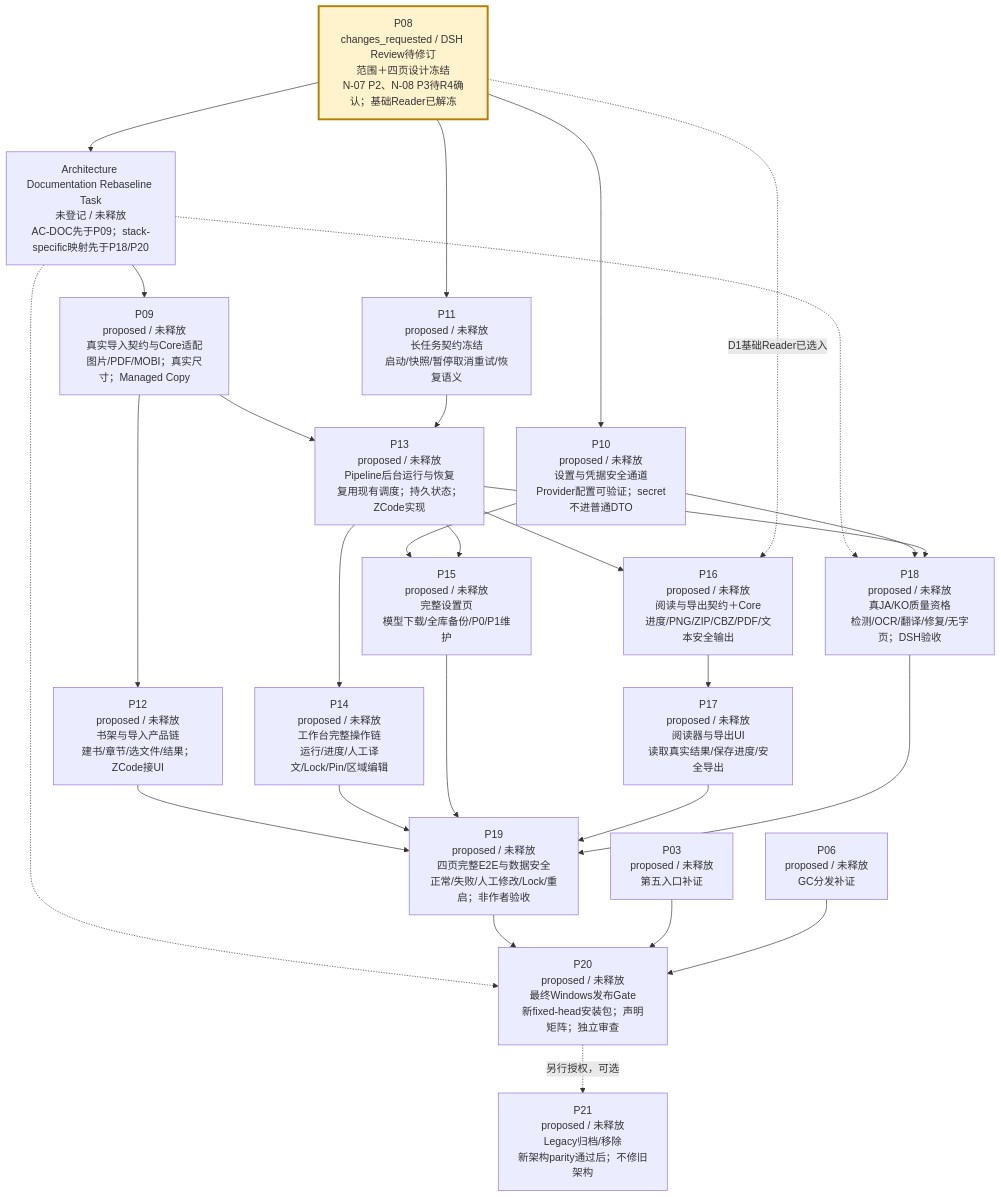
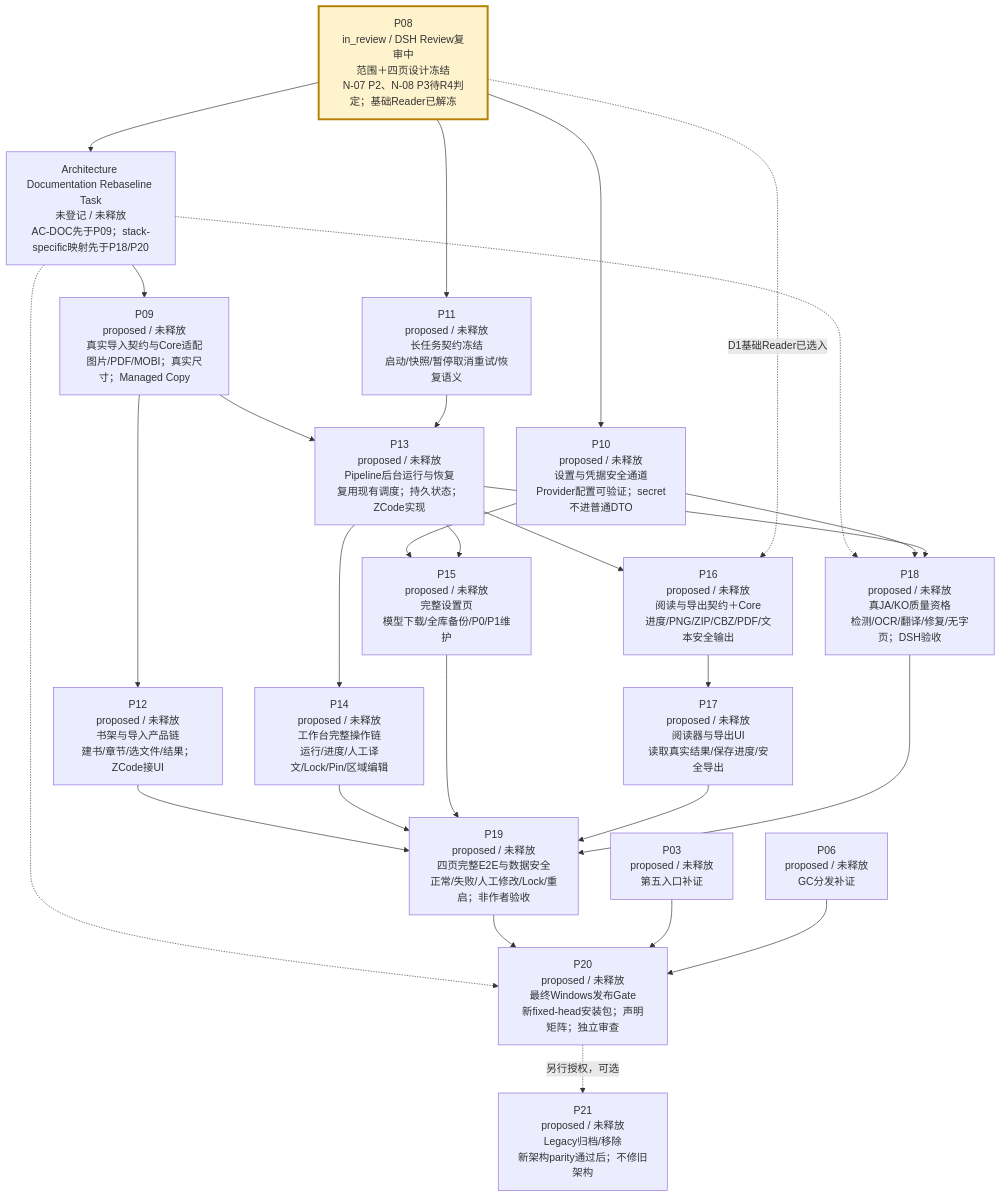
One commit to peakwheat-pixel/New-Manga changed the third of 4 diagrams in verification/PROJECT-ROADMAP-20261008/ROADMAP.md. Above: the diagram before and after it, drawn with Mermaid. The commit also changed other lines of this file and 11 other files, not shown here.

````diff
--- a/verification/PROJECT-ROADMAP-20261008/ROADMAP.md
+++ b/verification/PROJECT-ROADMAP-20261008/ROADMAP.md
@@ -47,30 +47,30 @@
 ```mermaid
 flowchart TB
-  P08["P08<br/>changes_requested / DSH Review待修订<br/>范围＋四页设计冻结<br/>N-07 P2、N-08 P3待R4确认；基础Reader已解冻"] --> ARCHDOC["Architecture Documentation Rebaseline Task<br/>未登记 / 未释放<br/>AC-DOC先于P09；stack-specific映射先于P18/P20"]
+  P08["P08<br/>in_review / DSH Review复审中<br/>范围＋四页设计冻结<br/>N-07 P2、N-08 P3待R4判定；基础Reader已解冻"] --> ARCHDOC["Architecture Documentation Rebaseline Task<br/>未登记 / 未释放<br/>AC-DOC先于P09；stack-specific映射先于P18/P20"]
   ARCHDOC --> P09["P09<br/>proposed / 未释放<br/>真实导入契约与Core适配<br/>图片/PDF/MOBI；真实尺寸；Managed Copy"]
   ARCHDOC -.-> P18
   ARCHDOC -.-> P20
   P08 --> P10["P10<br/>proposed / 未释放<br/>设置与凭据安全通道<br/>Provider配置可验证；secret不进普通DTO"]
   P08 --> P11["P11<br/>proposed / 未释放<br/>长任务契约冻结<br/>启动/快照/暂停取消重试/恢复语义"]
   P09 --> P12["P12<br/>proposed / 未释放<br/>书架与导入产品链<br/>建书/章节/选文件/结果；ZCode接UI"]
   P09 --> P13["P13<br/>proposed / 未释放<br/>Pipeline后台运行与恢复<br/>复用现有调度；持久状态；ZCode实现"]
   P11 --> P13
   P13 --> P14["P14<br/>proposed / 未释放<br/>工作台完整操作链<br/>运行/进度/人工译文/Lock/Pin/区域编辑"]
   P10 --> P15["P15<br/>proposed / 未释放<br/>完整设置页<br/>模型下载/全库备份/P0/P1维护"]
   P13 --> P15
   P13 --> P16["P16<br/>proposed / 未释放<br/>阅读与导出契约＋Core<br/>进度/PNG/ZIP/CBZ/PDF/文本安全输出"]
   P08 -. "D1基础Reader已选入" .-> P16
   P16 --> P17["P17<br/>proposed / 未释放<br/>阅读器与导出UI<br/>读取真实结果/保存进度/安全导出"]
   P10 --> P18["P18<br/>proposed / 未释放<br/>真JA/KO质量资格<br/>检测/OCR/翻译/修复/无字页；DSH验收"]
   P13 --> P18
   P12 --> P19["P19<br/>proposed / 未释放<br/>四页完整E2E与数据安全<br/>正常/失败/人工修改/Lock/重启；非作者验收"]
   P14 --> P19
   P15 --> P19
   P17 --> P19
   P18 --> P19
   P19 --> P20["P20<br/>proposed / 未释放<br/>最终Windows发布Gate<br/>新fixed-head安装包；声明矩阵；独立审查"]
   P03["P03<br/>proposed / 未释放<br/>第五入口补证"] --> P20
   P06["P06<br/>proposed / 未释放<br/>GC分发补证"] --> P20
   P20 -. "另行授权，可选" .-> P21["P21<br/>proposed / 未释放<br/>Legacy归档/移除<br/>新架构parity通过后；不修旧架构"]
   style P08 fill:#fff3cd,stroke:#b58105,stroke-width:3px
 ```
````
